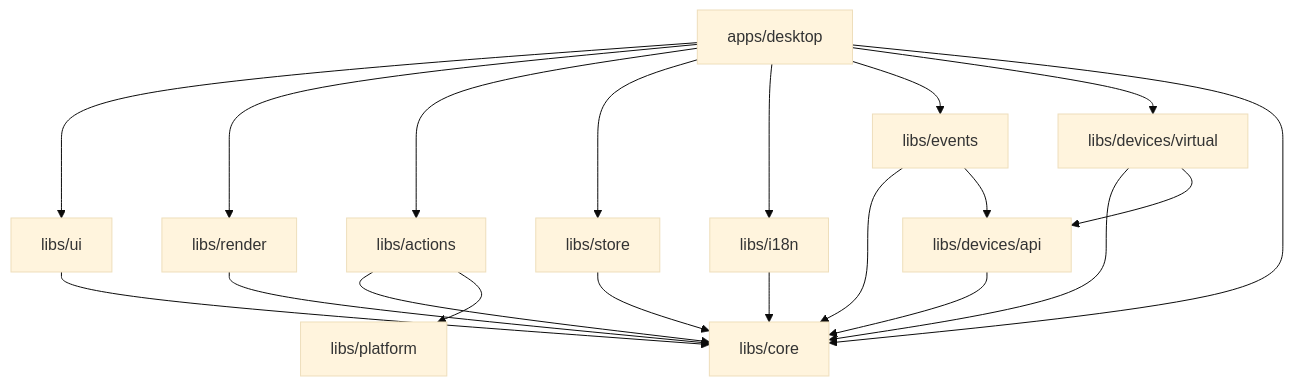
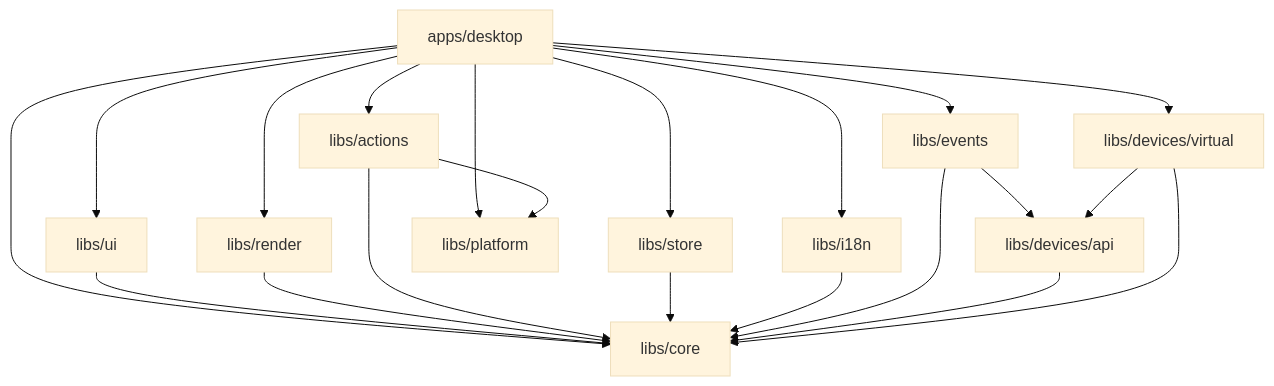
One commit to callmeteus/multideck changed the first of 2 diagrams in docs/architecture.md. Above: the diagram before and after it, drawn with Mermaid (base theme). The commit also changed other lines of this file and 24 other files, not shown here.

````diff
--- a/docs/architecture.md
+++ b/docs/architecture.md
@@ -32,35 +32,36 @@
 ```mermaid
 graph TD
   desktop[apps/desktop]
   ui[libs/ui]
   render[libs/render]
   actions[libs/actions]
   store[libs/store]
   i18n[libs/i18n]
   events[libs/events]
   core[libs/core]
   platform[libs/platform]
   deviceApi[libs/devices/api]
   virtual[libs/devices/virtual]
 
   desktop --> ui
   desktop --> render
   desktop --> actions
   desktop --> store
   desktop --> i18n
   desktop --> events
   desktop --> virtual
   desktop --> core
+  desktop --> platform
 
   ui --> core
   render --> core
   actions --> core
   actions --> platform
   store --> core
   i18n --> core
   events --> core
   events --> deviceApi
   deviceApi --> core
   virtual --> core
   virtual --> deviceApi
 ```
````
